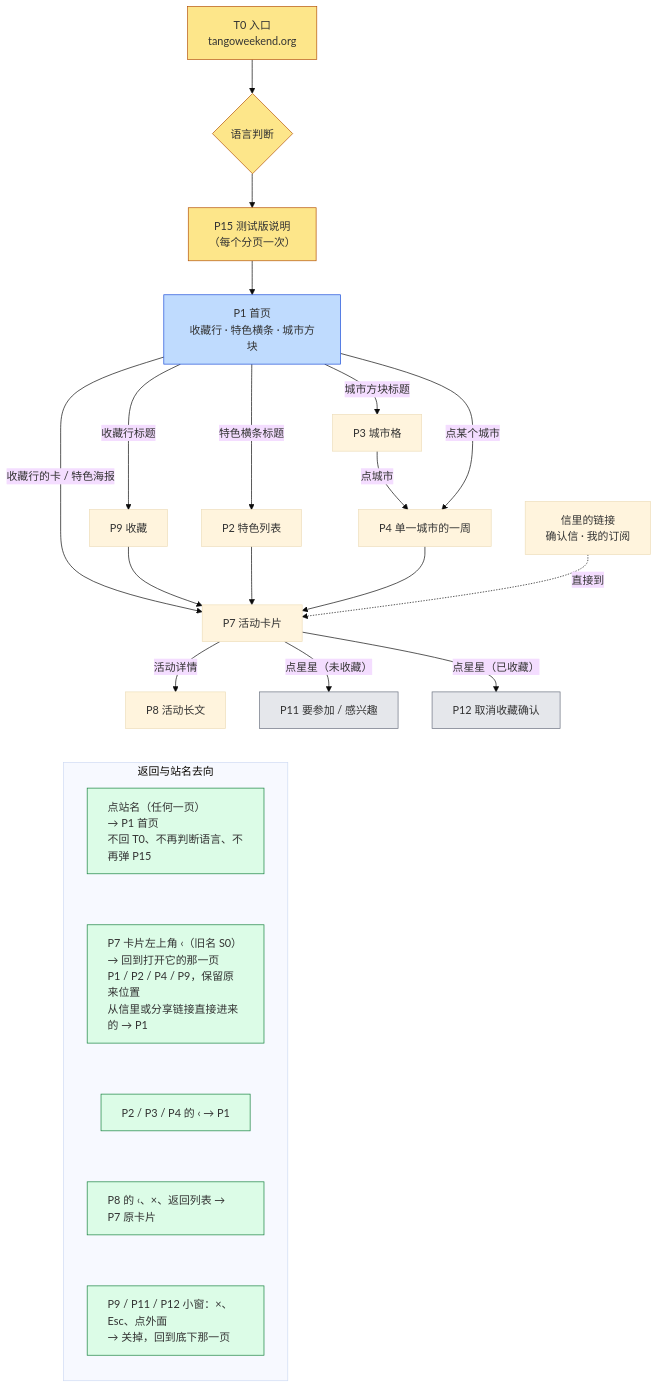
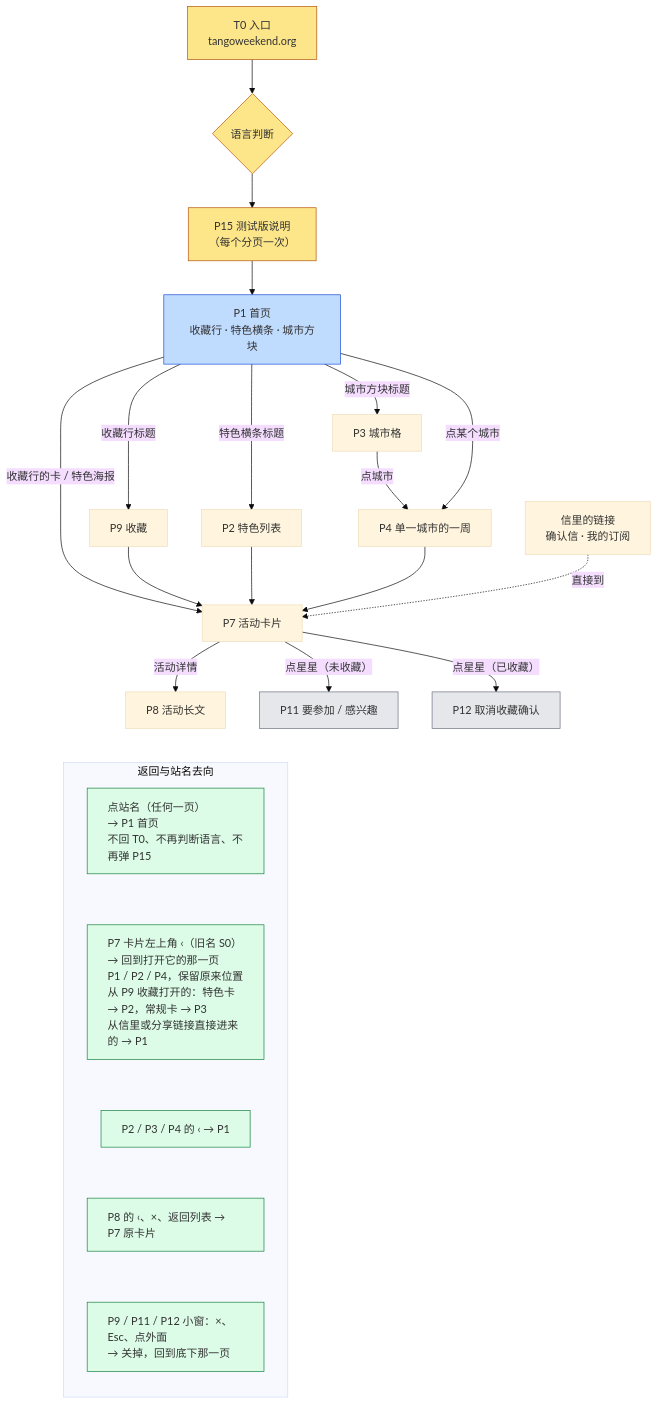
The first of 2 diagrams in docs/atm-navigation-interaction-spec.md (Shiao64/my1), drawn with Mermaid (base theme) before and after one commit. The commit also changed other lines of this file and 1 other file, not shown here.

````diff
--- a/docs/atm-navigation-interaction-spec.md
+++ b/docs/atm-navigation-interaction-spec.md
@@ -169,34 +169,34 @@
 ```mermaid
 flowchart TB
   T0["T0 入口<br/>tangoweekend.org"] --> L{"语言判断"}
   L --> N["P15 测试版说明<br/>（每个分页一次）"]
   N --> P1["P1 首页<br/>收藏行 · 特色横条 · 城市方块"]
   P1 -->|收藏行标题| P9["P9 收藏"]
   P1 -->|特色横条标题| P2["P2 特色列表"]
   P1 -->|城市方块标题| P3["P3 城市格"]
   P3 -->|点城市| P4["P4 单一城市的一周"]
   P1 -->|点某个城市| P4
   P1 -->|收藏行的卡 / 特色海报| P7
   P9 --> P7["P7 活动卡片"]
   P2 --> P7
   P4 --> P7
   P7 -->|活动详情| P8["P8 活动长文"]
   P7 -->|点星星（未收藏）| P11["P11 要参加 / 感兴趣"]
   P7 -->|点星星（已收藏）| P12["P12 取消收藏确认"]
   M["信里的链接<br/>确认信 · 我的订阅"] -.->|直接到| P7
   subgraph B["返回与站名去向"]
     direction TB
     B1["点站名（任何一页）<br/>→ P1 首页<br/>不回 T0、不再判断语言、不再弹 P15"]
-    B2["P7 卡片左上角 ‹（旧名 S0）<br/>→ 回到打开它的那一页<br/>P1 / P2 / P4 / P9，保留原来位置<br/>从信里或分享链接直接进来的 → P1"]
+    B2["P7 卡片左上角 ‹（旧名 S0）<br/>→ 回到打开它的那一页<br/>P1 / P2 / P4，保留原来位置<br/>从 P9 收藏打开的：特色卡 → P2，常规卡 → P3<br/>从信里或分享链接直接进来的 → P1"]
     B3["P2 / P3 / P4 的 ‹ → P1"]
     B4["P8 的 ‹、×、返回列表 → P7 原卡片"]
     B5["P9 / P11 / P12 小窗：×、Esc、点外面<br/>→ 关掉，回到底下那一页"]
     B1 ~~~ B2 ~~~ B3 ~~~ B4 ~~~ B5
   end
   P8 ~~~ B
   classDef entry fill:#fde68a,stroke:#b45309;
   classDef home fill:#bfdbfe,stroke:#1d4ed8;
   classDef sheet fill:#e5e7eb,stroke:#6b7280;
   classDef back fill:#dcfce7,stroke:#15803d,text-align:left;
   class T0,L,N entry; class P1 home; class P11,P12 sheet; class B1,B2,B3,B4,B5 back;
 ```
````
